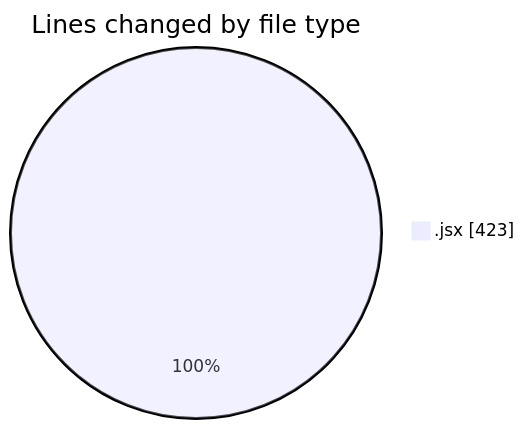
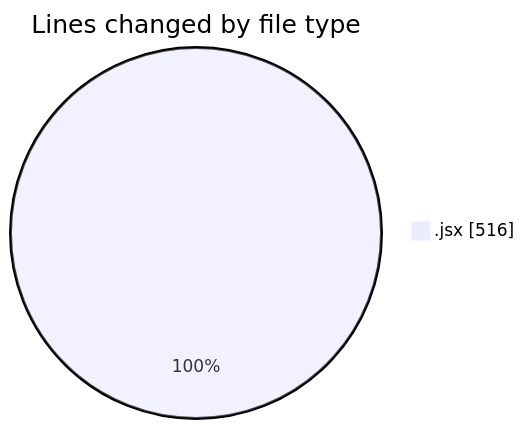
The first of 2 diagrams in 2025-06-06/nxtqube_webapp/README.md (nxtqubesakshisongat/code-tracking), drawn with Mermaid before and after one commit. The commit also changed other lines of this file and 1 other file, not shown here.

````diff
--- a/2025-06-06/nxtqube_webapp/README.md
+++ b/2025-06-06/nxtqube_webapp/README.md
@@ -20,5 +20,5 @@
 ```mermaid
 pie showData
 title Lines changed by file type
-".jsx" : 423
+".jsx" : 516
 ```
````
